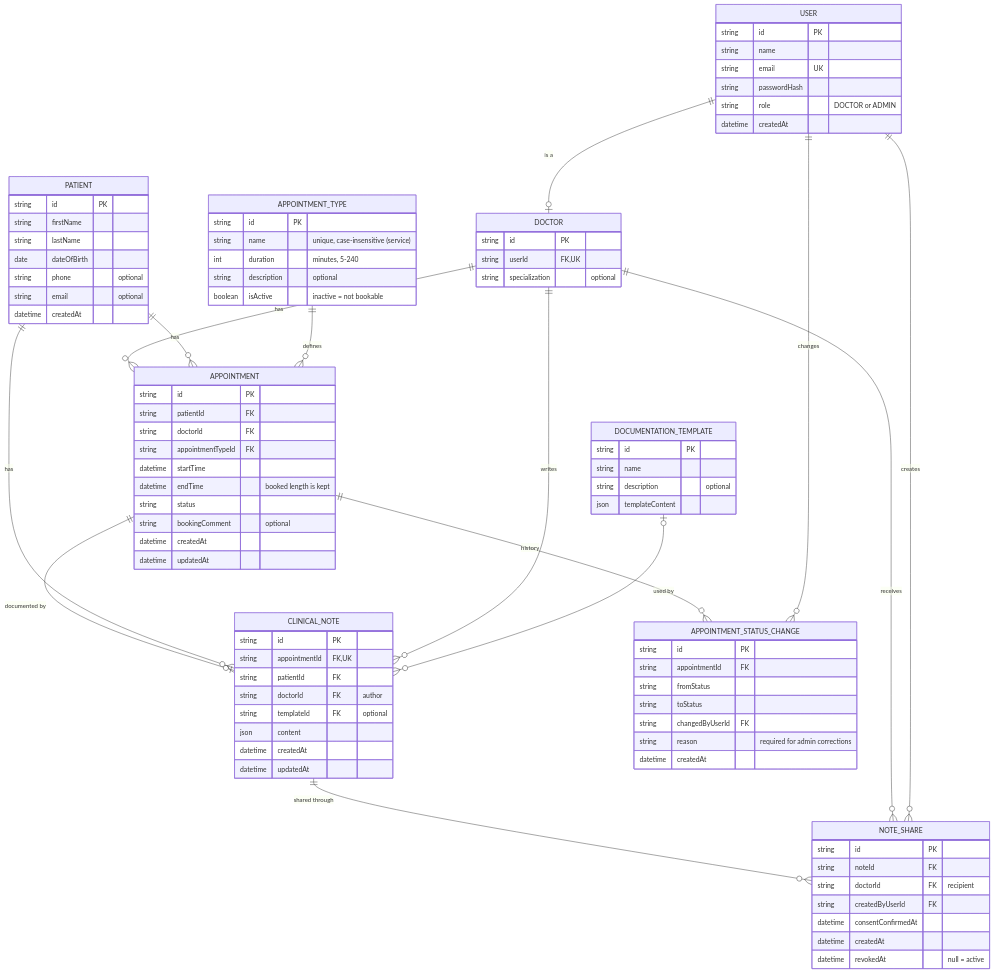
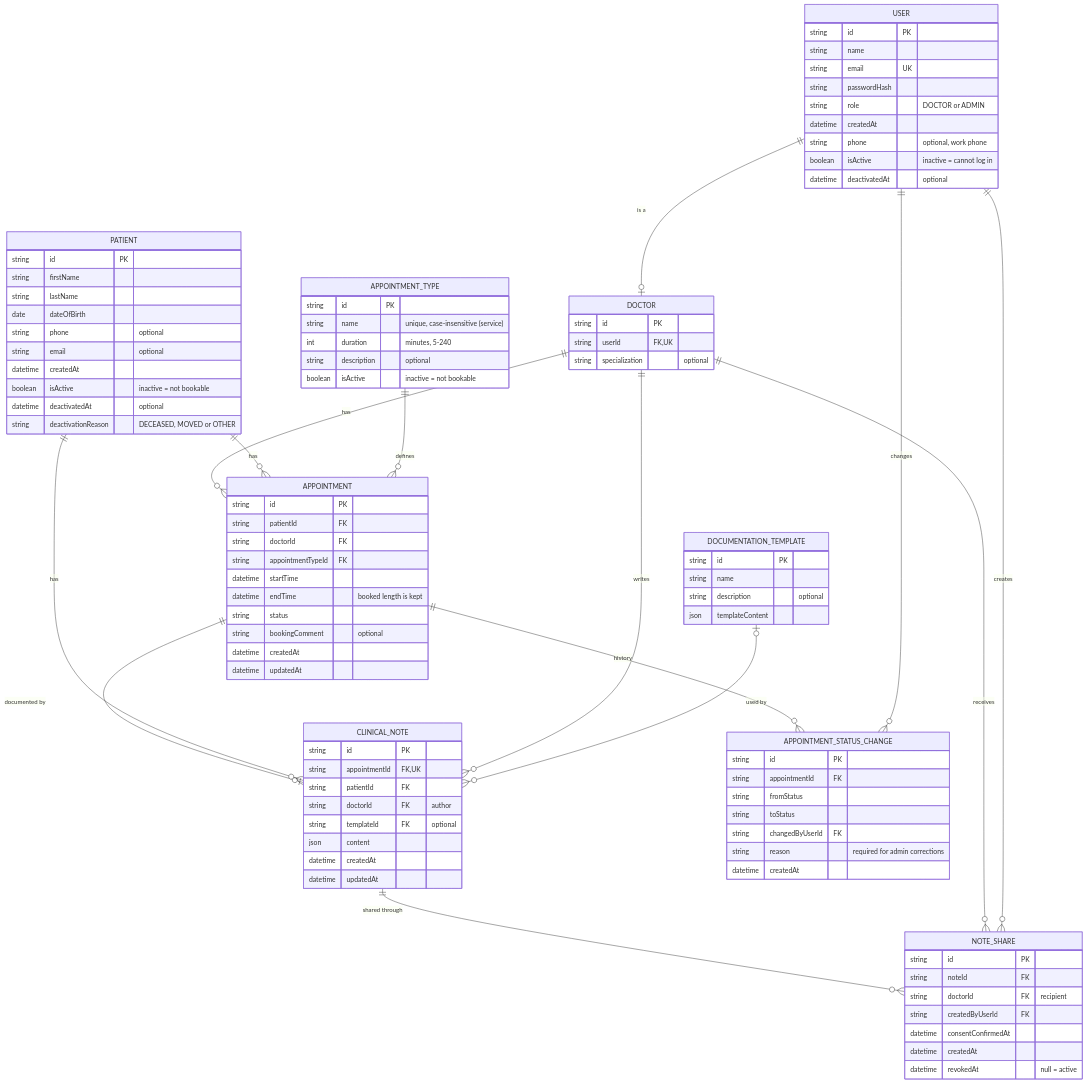
The diagram in docs/er-diagram.md (MohYab/Puls), drawn with Mermaid before and after one commit. The commit also changed other lines of this file and 6 other files, not shown here.

Commit message:
docs: phase 2b, decisions #51-54, ER diagram, manual tests, backlog, README, log

```diff
--- a/docs/er-diagram.md
+++ b/docs/er-diagram.md
@@ -25,6 +25,9 @@
         string passwordHash
         string role "DOCTOR or ADMIN"
         datetime createdAt
+        string phone "optional, work phone"
+        boolean isActive "inactive = cannot log in"
+        datetime deactivatedAt "optional"
     }
 
     DOCTOR {
@@ -41,6 +44,9 @@
         string phone "optional"
         string email "optional"
         datetime createdAt
+        boolean isActive "inactive = not bookable"
+        datetime deactivatedAt "optional"
+        string deactivationReason "DECEASED, MOVED or OTHER"
     }
 
     APPOINTMENT {
```
